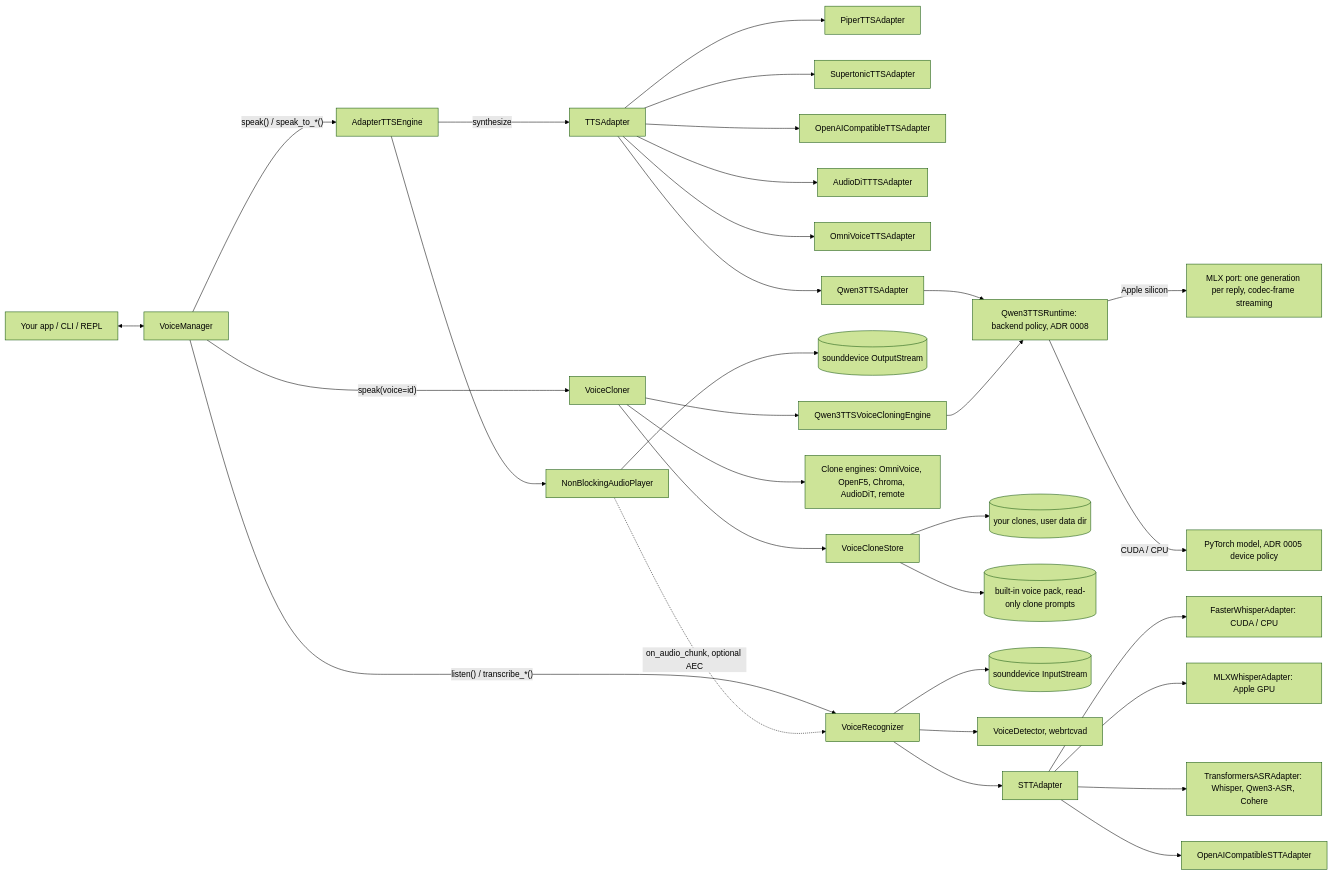
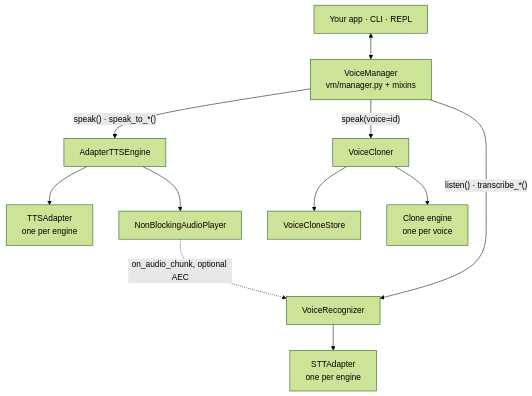
The first of 4 diagrams in docs/architecture.md (lpalbou/AbstractVoice), drawn with Mermaid (forest theme) before and after one commit. The commit also changed other lines of this file and 4 other files, not shown here.

First line of the commit message:
Docs: diagrams readable at normal width; 0.17.2

````diff
--- a/docs/architecture.md
+++ b/docs/architecture.md
@@ -23,37 +30,13 @@
 ```mermaid
-flowchart LR
-  App["Your app / CLI / REPL"] <--> VM["VoiceManager"]
-
-  VM -->|"speak() / speak_to_*()"| TTSEngine["AdapterTTSEngine"]
-  TTSEngine -->|"synthesize"| TTSAdapter["TTSAdapter"]
-  TTSAdapter --> Piper["PiperTTSAdapter"]
-  TTSAdapter --> Supertonic["SupertonicTTSAdapter"]
-  TTSAdapter --> RemoteTTS["OpenAICompatibleTTSAdapter"]
-  TTSAdapter --> AudioDiT["AudioDiTTTSAdapter"]
-  TTSAdapter --> OmniVoice["OmniVoiceTTSAdapter"]
-  TTSAdapter --> Qwen3["Qwen3TTSAdapter"]
-  Qwen3 --> Qwen3RT["Qwen3TTSRuntime: backend policy, ADR 0008"]
-  Qwen3RT -->|"Apple silicon"| Qwen3MLX["MLX port: one generation per reply, codec-frame streaming"]
-  Qwen3RT -->|"CUDA / CPU"| Qwen3Torch["PyTorch model, ADR 0005 device policy"]
+flowchart TB
+  App["Your app · CLI · REPL"] <--> VM["VoiceManager<br/>vm/manager.py + mixins"]
+  VM -->|"speak() · speak_to_*()"| TTSEngine["AdapterTTSEngine"]
+  VM -->|"speak(voice=id)"| Cloner["VoiceCloner"]
+  VM -->|"listen() · transcribe_*()"| Rec["VoiceRecognizer"]
+  TTSEngine --> TTSAdapter["TTSAdapter<br/>one per engine"]
   TTSEngine --> Player["NonBlockingAudioPlayer"]
-  Player --> Out[("sounddevice OutputStream")]
-
-  VM -->|"speak(voice=id)"| Cloner["VoiceCloner"]
   Cloner --> Store["VoiceCloneStore"]
-  Store --> UserVoices[("your clones, user data dir")]
-  Store --> Builtin[("built-in voice pack, read-only clone prompts")]
-  Cloner --> CloneEngines["Clone engines: OmniVoice, OpenF5, Chroma, AudioDiT, remote"]
-  Cloner --> QwenClone["Qwen3TTSVoiceCloningEngine"]
-  QwenClone --> Qwen3RT
-
-  VM -->|"listen() / transcribe_*()"| Rec["VoiceRecognizer"]
-  Rec --> In[("sounddevice InputStream")]
-  Rec --> VAD["VoiceDetector, webrtcvad"]
-  Rec --> STTAdapter["STTAdapter"]
-  STTAdapter --> FW["FasterWhisperAdapter: CUDA / CPU"]
-  STTAdapter --> MW["MLXWhisperAdapter: Apple GPU"]
-  STTAdapter --> TA["TransformersASRAdapter: Whisper, Qwen3-ASR, Cohere"]
-  STTAdapter --> RemoteSTT["OpenAICompatibleSTTAdapter"]
-
+  Cloner --> CloneEngine["Clone engine<br/>one per voice"]
+  Rec --> STTAdapter["STTAdapter<br/>one per engine"]
   Player -. "on_audio_chunk, optional AEC" .-> Rec
 ```
````
